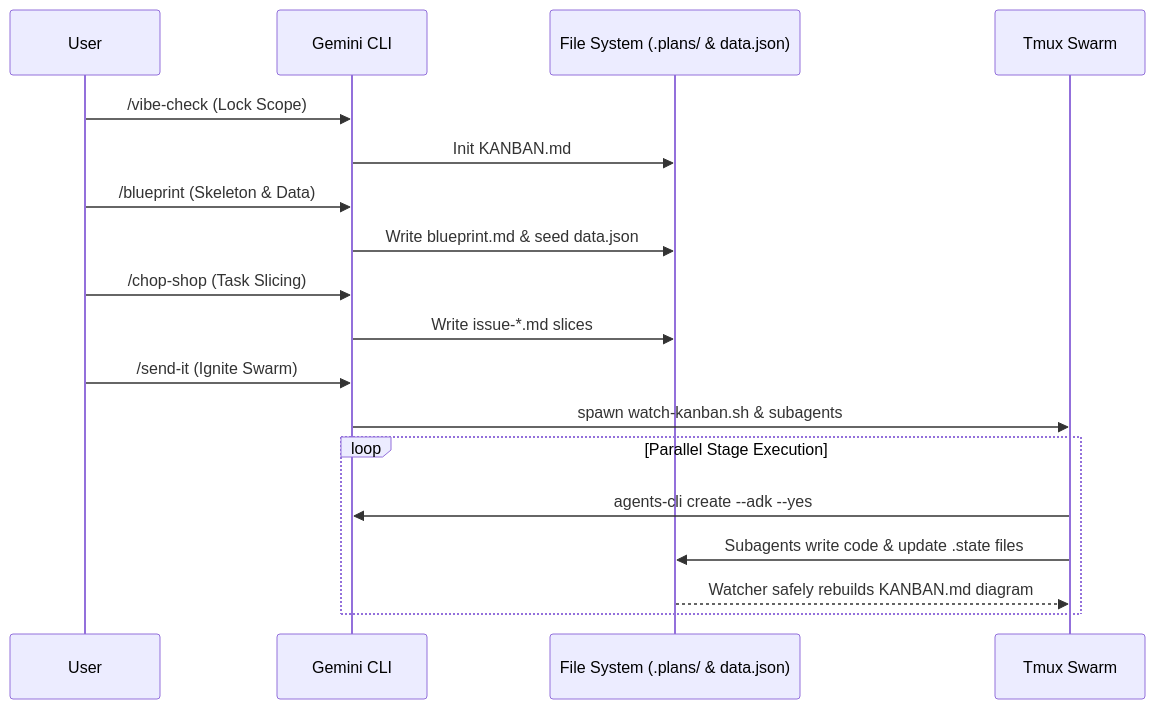
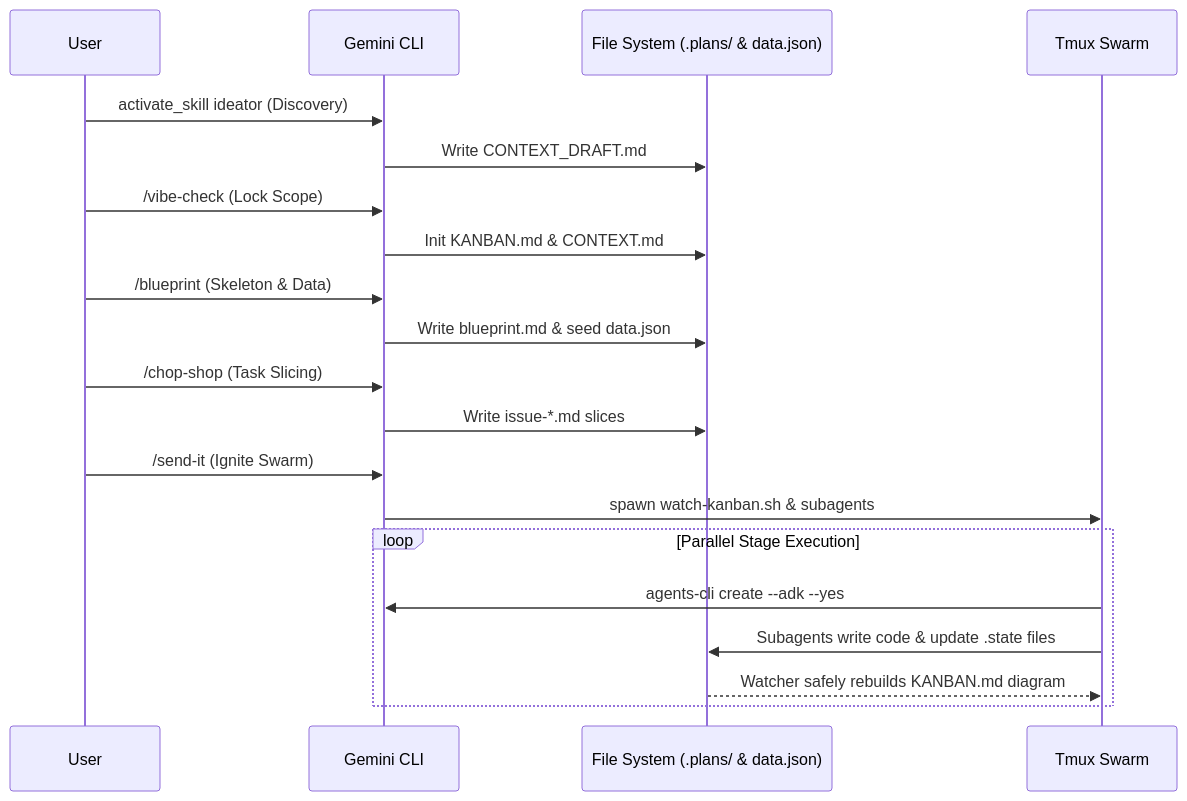
The first of 2 diagrams in README.md (sapientcoffee/vibe-games), drawn with Mermaid before and after one commit. The commit also changed other lines of this file and 8 other files, not shown here.

````diff
--- a/README.md
+++ b/README.md
@@ -15,21 +15,23 @@
 ```mermaid
 sequenceDiagram
     participant User
     participant G as Gemini CLI
     participant FS as File System (.plans/ & data.json)
     participant Tmux as Tmux Swarm
     
+    User->>G: activate_skill ideator (Discovery)
+    G->>FS: Write CONTEXT_DRAFT.md
     User->>G: /vibe-check (Lock Scope)
-    G->>FS: Init KANBAN.md
+    G->>FS: Init KANBAN.md & CONTEXT.md
     User->>G: /blueprint (Skeleton & Data)
     G->>FS: Write blueprint.md & seed data.json
     User->>G: /chop-shop (Task Slicing)
     G->>FS: Write issue-*.md slices
     User->>G: /send-it (Ignite Swarm)
     G->>Tmux: spawn watch-kanban.sh & subagents
     loop Parallel Stage Execution
         Tmux->>G: agents-cli create --adk --yes
         Tmux->>FS: Subagents write code & update .state files
         FS-->>Tmux: Watcher safely rebuilds KANBAN.md diagram
     end
 ```
````
